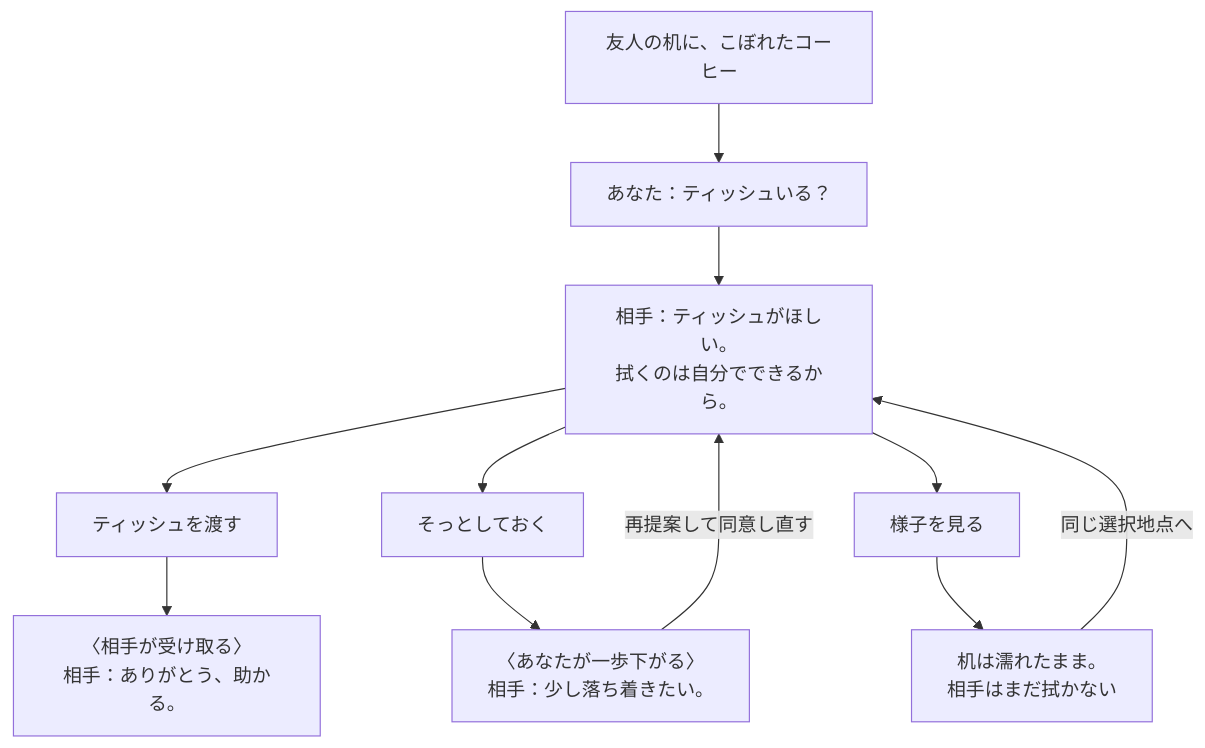
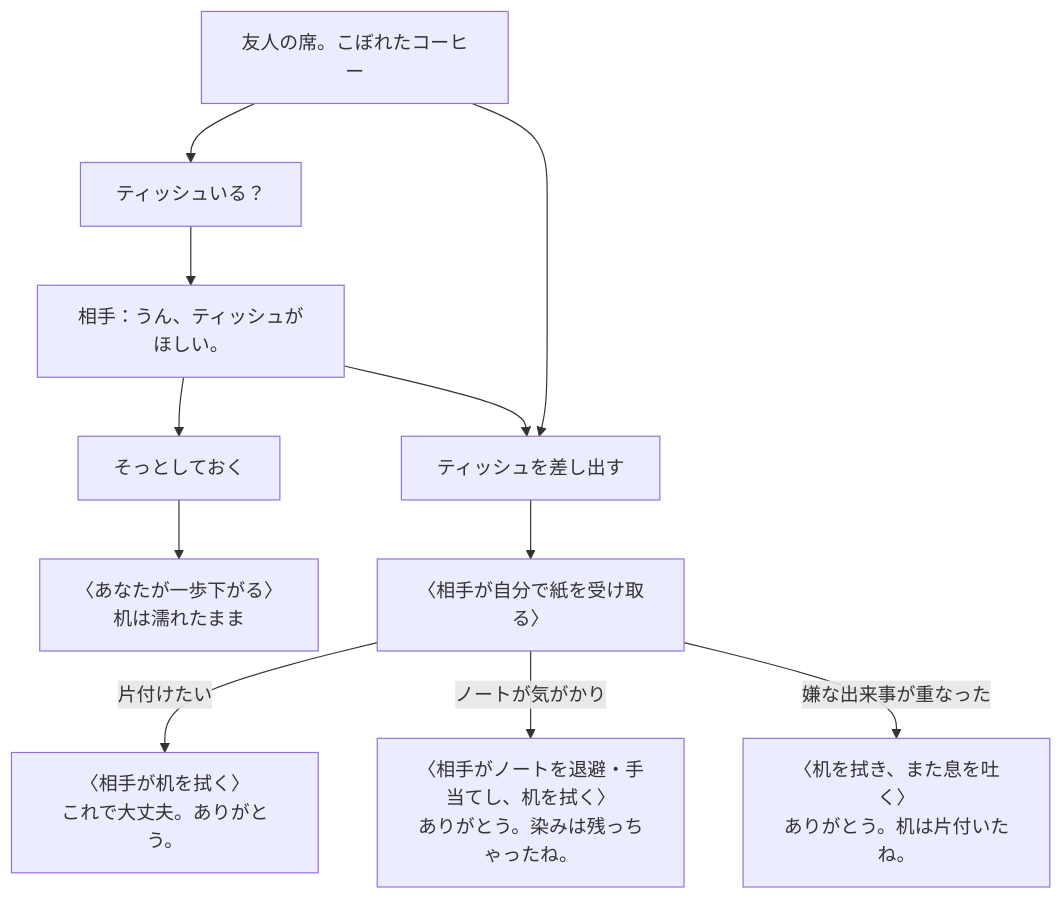
Before and after one commit to shirai-masatomo/whitespace: the first of 3 diagrams in docs/COFFEE_FLOW.md, drawn with Mermaid. The commit also changed other lines of this file and 12 other files, not shown here.

````diff
--- a/docs/COFFEE_FLOW.md
+++ b/docs/COFFEE_FLOW.md
@@ -11,13 +11,13 @@
 ```mermaid
 flowchart TB
-  start["友人の机に、こぼれたコーヒー"] --> offer["あなた：ティッシュいる？"]
-  offer --> yes["相手：ティッシュがほしい。<br/>拭くのは自分でできるから。"]
-  yes --> give["ティッシュを渡す"]
-  yes --> space["そっとしておく"]
-  yes --> watch["様子を見る"]
-  give --> received["〈相手が受け取る〉<br/>相手：ありがとう、助かる。"]
-  space --> away["〈あなたが一歩下がる〉<br/>相手：少し落ち着きたい。"]
-  away -->|"再提案して同意し直す"| yes
-  watch --> wet["机は濡れたまま。<br/>相手はまだ拭かない"]
-  wet -->|"同じ選択地点へ"| yes
+  start["友人の席。こぼれたコーヒー"] --> ask["ティッシュいる？"]
+  start --> give["ティッシュを差し出す"]
+  ask --> yes["相手：うん、ティッシュがほしい。"]
+  yes --> give
+  yes --> leave["そっとしておく"]
+  leave --> wet["〈あなたが一歩下がる〉<br/>机は濡れたまま"]
+  give --> received["〈相手が自分で紙を受け取る〉"]
+  received -->|"片付けたい"| clean["〈相手が机を拭く〉<br/>これで大丈夫。ありがとう。"]
+  received -->|"ノートが気がかり"| book["〈相手がノートを退避・手当てし、机を拭く〉<br/>ありがとう。染みは残っちゃったね。"]
+  received -->|"嫌な出来事が重なった"| day["〈机を拭き、また息を吐く〉<br/>ありがとう。机は片付いたね。"]
 ```
````
